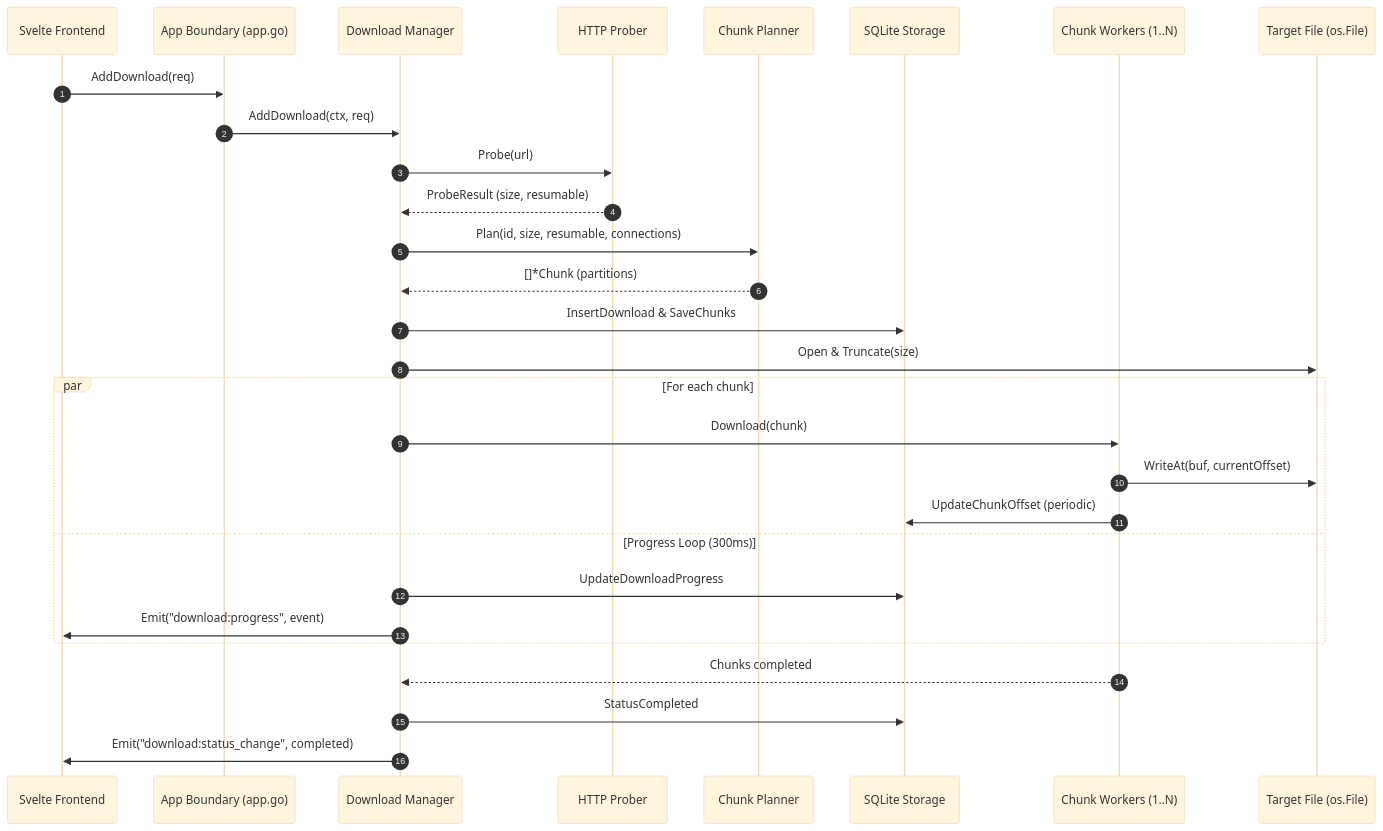
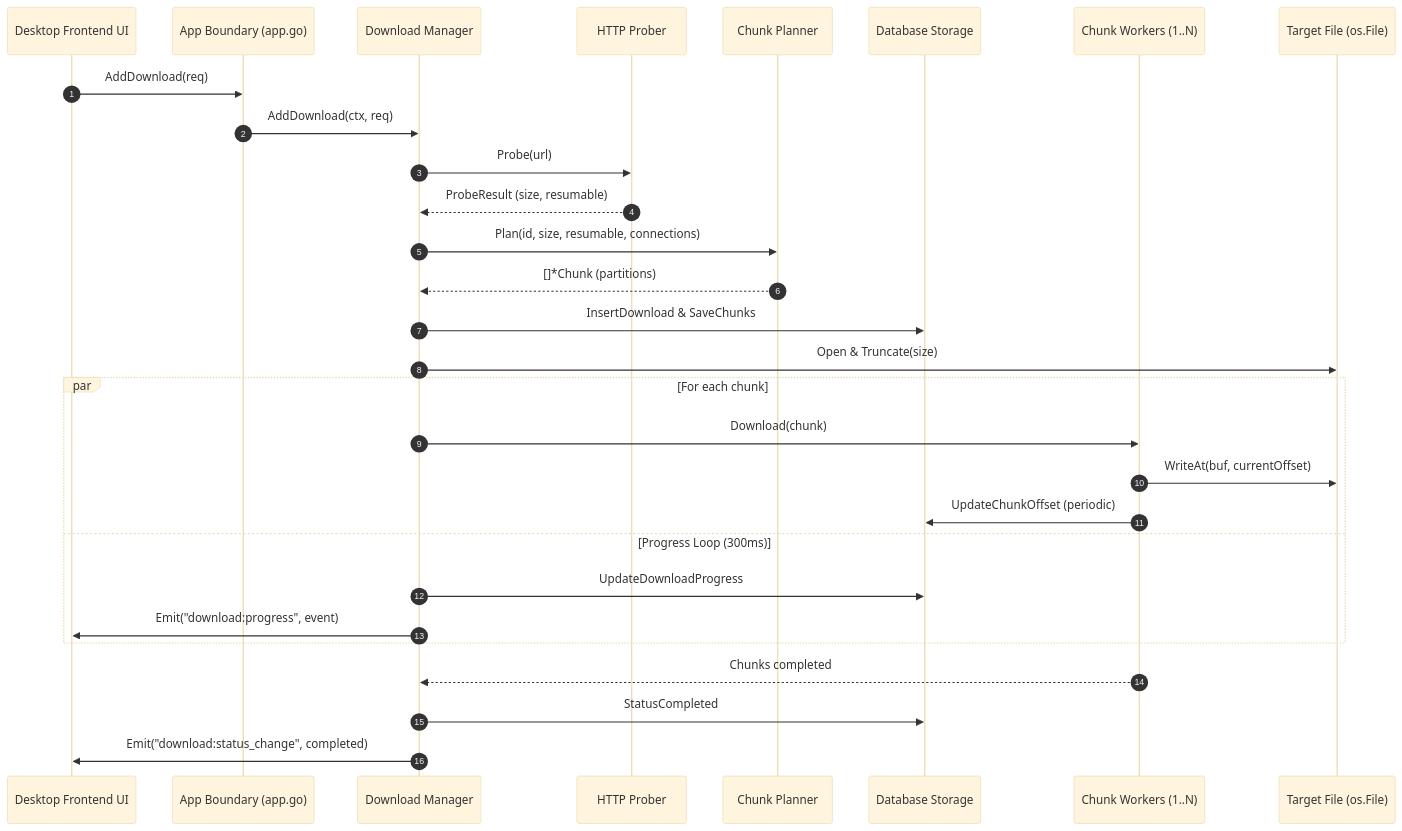
One commit to davezy7/candak changed the second of 2 diagrams in docs/ARCHITECTURE.md. Above: the diagram before and after it, drawn with Mermaid (base theme). The commit also changed other lines of this file and 17 other files, not shown here.

````diff
--- a/docs/ARCHITECTURE.md
+++ b/docs/ARCHITECTURE.md
@@ -154,34 +154,34 @@
 ```mermaid
 sequenceDiagram
     autonumber
-    participant UI as Svelte Frontend
+    participant UI as Desktop Frontend UI
     participant App as App Boundary (app.go)
     participant Mgr as Download Manager
     participant Prober as HTTP Prober
     participant Plan as Chunk Planner
-    participant DB as SQLite Storage
+    participant DB as Database Storage
     participant Worker as Chunk Workers (1..N)
     participant Disk as Target File (os.File)
 
     UI->>App: AddDownload(req)
     App->>Mgr: AddDownload(ctx, req)
     Mgr->>Prober: Probe(url)
     Prober-->>Mgr: ProbeResult (size, resumable)
     Mgr->>Plan: Plan(id, size, resumable, connections)
     Plan-->>Mgr: []*Chunk (partitions)
     Mgr->>DB: InsertDownload & SaveChunks
     Mgr->>Disk: Open & Truncate(size)
     
     par For each chunk
         Mgr->>Worker: Download(chunk)
         Worker->>Disk: WriteAt(buf, currentOffset)
         Worker->>DB: UpdateChunkOffset (periodic)
     and Progress Loop (300ms)
         Mgr->>DB: UpdateDownloadProgress
         Mgr->>UI: Emit("download:progress", event)
     end
     
     Worker-->>Mgr: Chunks completed
     Mgr->>DB: StatusCompleted
     Mgr->>UI: Emit("download:status_change", completed)
 ```
````
